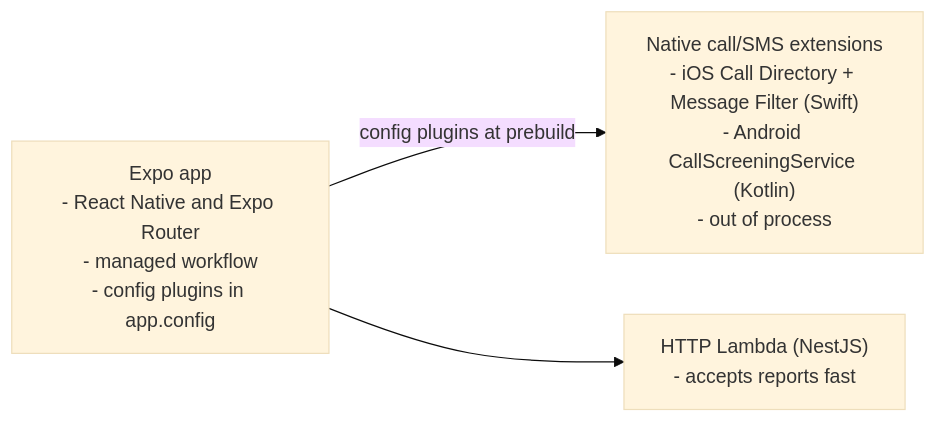
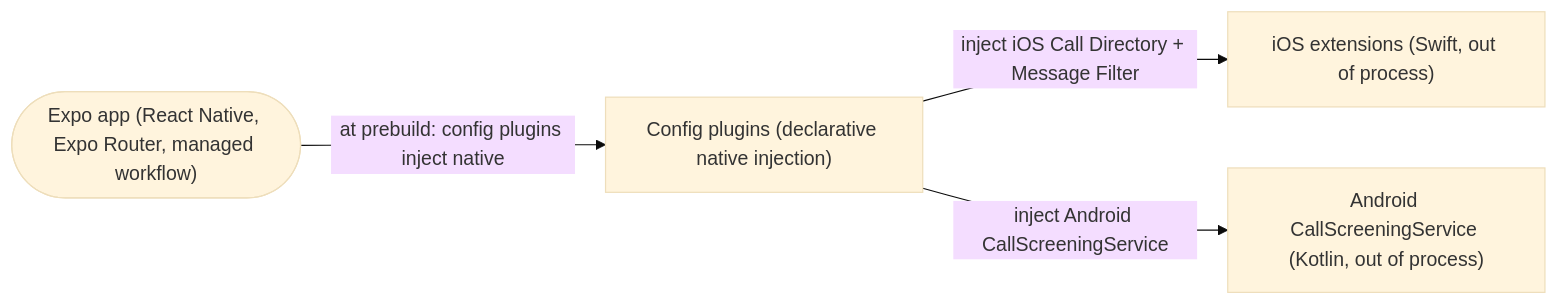
One commit to elleskay/mobile-platform changed the second of 5 diagrams in README.md. Above: the diagram before and after it, drawn with Mermaid (base theme). The commit also changed other lines of this file and 66 other files, not shown here.

````diff
--- a/README.md
+++ b/README.md
@@ -116,8 +111,6 @@
 ```mermaid
 flowchart LR
-  App["Expo app<br/>- React Native and Expo Router<br/>- managed workflow<br/>- config plugins in app.config"]
-  Native["Native call/SMS extensions<br/>- iOS Call Directory + Message Filter (Swift)<br/>- Android CallScreeningService (Kotlin)<br/>- out of process"]
-  HTTP["HTTP Lambda (NestJS)<br/>- accepts reports fast"]
-  App -->|"config plugins at prebuild"| Native
-  App --> HTTP
+  App(["Expo app (React Native, Expo Router, managed workflow)"]) -->|"at prebuild: config plugins inject native"| Plugins["Config plugins (declarative native injection)"]
+  Plugins -->|"inject iOS Call Directory + Message Filter"| iOS["iOS extensions (Swift, out of process)"]
+  Plugins -->|"inject Android CallScreeningService"| Android["Android CallScreeningService (Kotlin, out of process)"]
 ```
````
